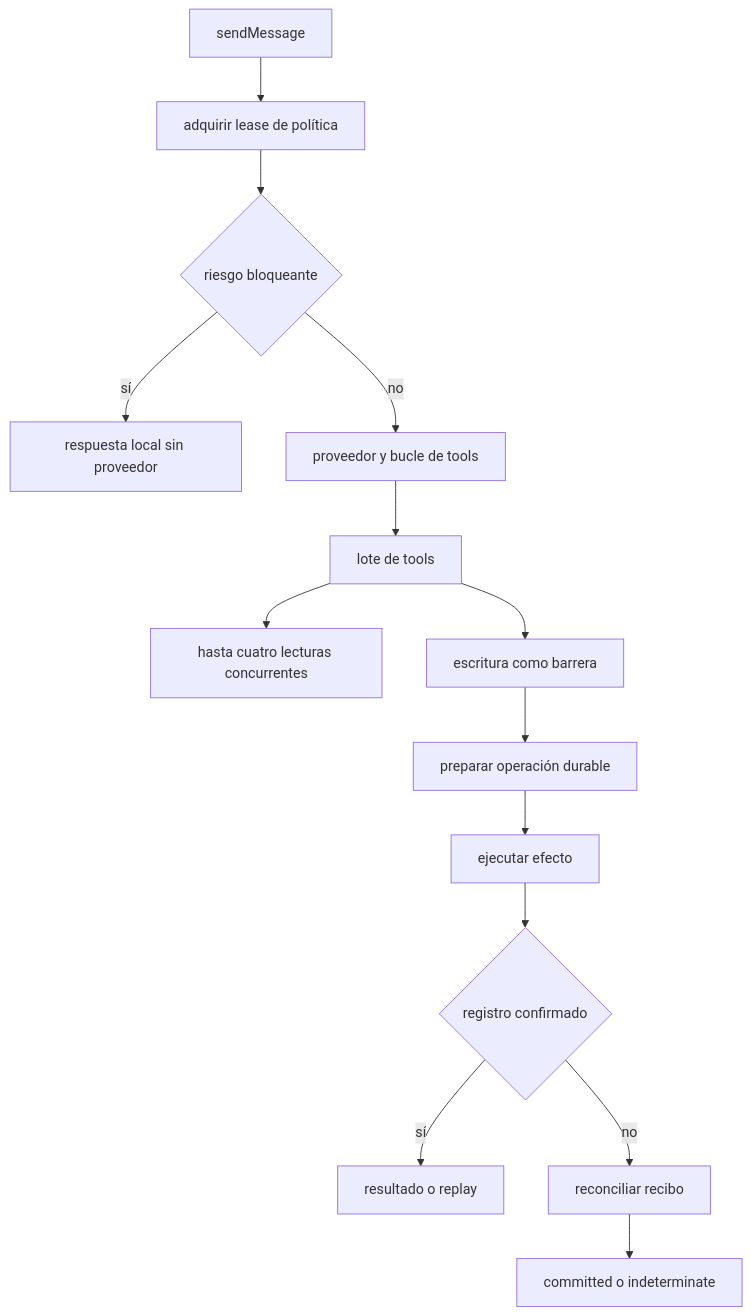
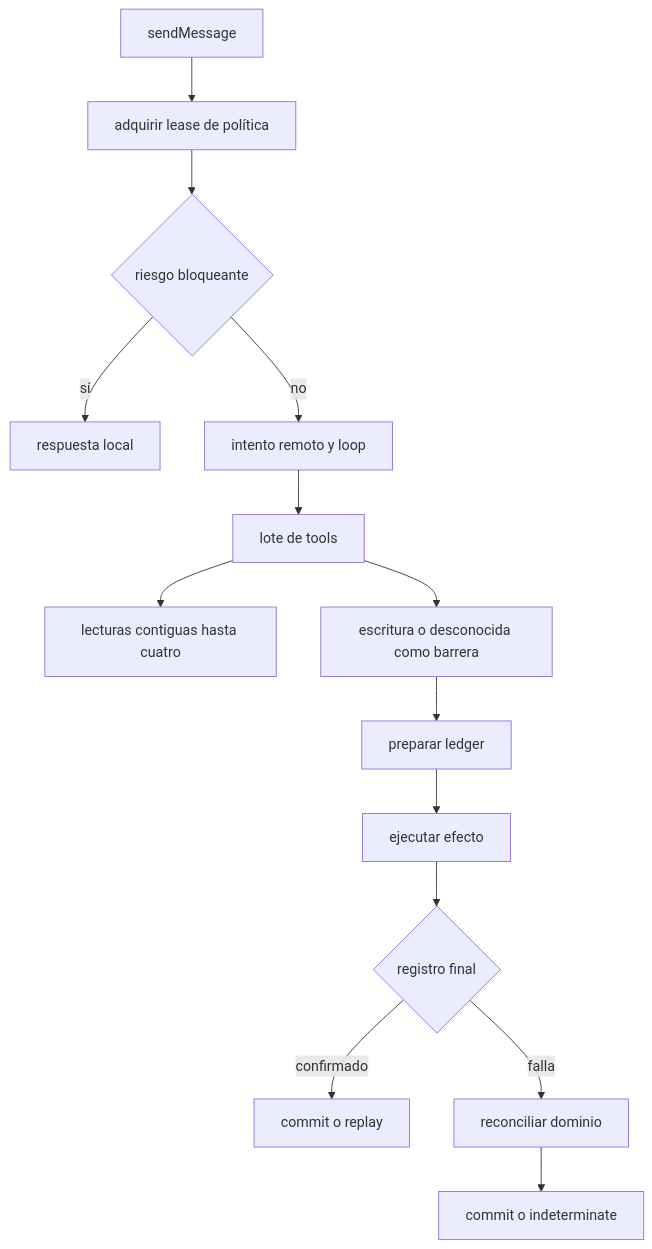
The diagram in openwiki/operations/runtime-behavior.md (maximofn/gymnasia), drawn with Mermaid before and after one commit. The commit also changed other lines of this file and 16 other files, not shown here.

````diff
--- a/openwiki/operations/runtime-behavior.md
+++ b/openwiki/operations/runtime-behavior.md
@@ -56,16 +56,16 @@
 ```mermaid
 flowchart TD
   Send["sendMessage"] --> Lease["adquirir lease de política"]
   Lease --> Risk{"riesgo bloqueante"}
-  Risk -->|sí| Local["respuesta local sin proveedor"]
-  Risk -->|no| Provider["proveedor y bucle de tools"]
-  Provider --> Batch["lote de tools"]
-  Batch --> Reads["hasta cuatro lecturas concurrentes"]
-  Batch --> Write["escritura como barrera"]
-  Write --> Prepare["preparar operación durable"]
-  Prepare --> Execute["ejecutar efecto"]
-  Execute --> Commit{"registro confirmado"}
-  Commit -->|sí| Replay["resultado o replay"]
-  Commit -->|no| Reconcile["reconciliar recibo"]
-  Reconcile --> Safe["committed o indeterminate"]
+  Risk -->|sí| Local["respuesta local"]
+  Risk -->|no| Remote["intento remoto y loop"]
+  Remote --> Batch["lote de tools"]
+  Batch --> Reads["lecturas contiguas hasta cuatro"]
+  Batch --> Barrier["escritura o desconocida como barrera"]
+  Barrier --> Prepare["preparar ledger"]
+  Prepare --> Effect["ejecutar efecto"]
+  Effect --> Record{"registro final"}
+  Record -->|confirmado| Replay["commit o replay"]
+  Record -->|falla| Reconcile["reconciliar dominio"]
+  Reconcile --> Safe["commit o indeterminate"]
 ```
````
